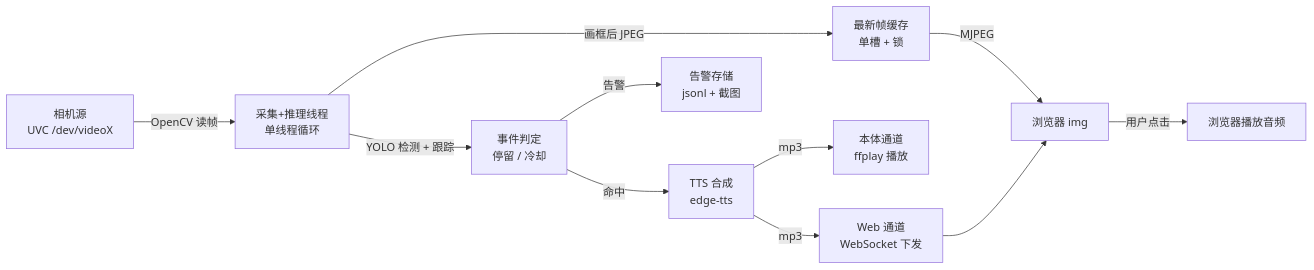
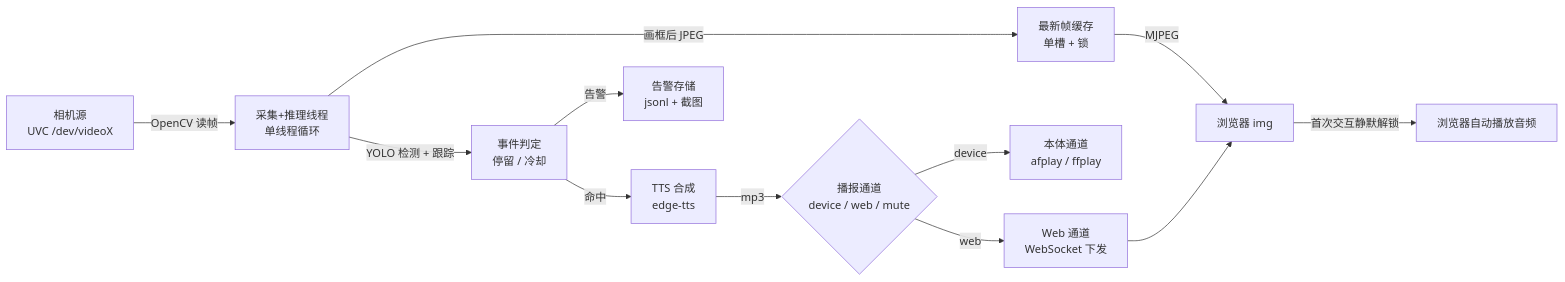
The diagram in PRD.md (Kiah0219/EyeSentry), drawn with Mermaid before and after one commit. The commit also changed other lines of this file and 24 other files, not shown here.

````diff
--- a/PRD.md
+++ b/PRD.md
@@ -219,13 +223,14 @@
 ```mermaid
 flowchart LR
     A["相机源<br/>UVC /dev/videoX"] -->|OpenCV 读帧| B["采集+推理线程<br/>单线程循环"]
     B -->|YOLO 检测 + 跟踪| C["事件判定<br/>停留 / 冷却"]
     C -->|命中| D["TTS 合成<br/>edge-tts"]
-    D -->|mp3| E["Web 通道<br/>WebSocket 下发"]
-    D -->|mp3| F["本体通道<br/>ffplay 播放"]
+    D -->|mp3| K{"播报通道<br/>device / web / mute"}
+    K -->|web| E["Web 通道<br/>WebSocket 下发"]
+    K -->|device| F["本体通道<br/>afplay / ffplay"]
     B -->|画框后 JPEG| G["最新帧缓存<br/>单槽 + 锁"]
     G -->|MJPEG| H["浏览器 img"]
     C -->|告警| I["告警存储<br/>jsonl + 截图"]
     E --> H
-    H -->|用户点击| J["浏览器播放音频"]
+    H -->|首次交互静默解锁| J["浏览器自动播放音频"]
 ```
````
